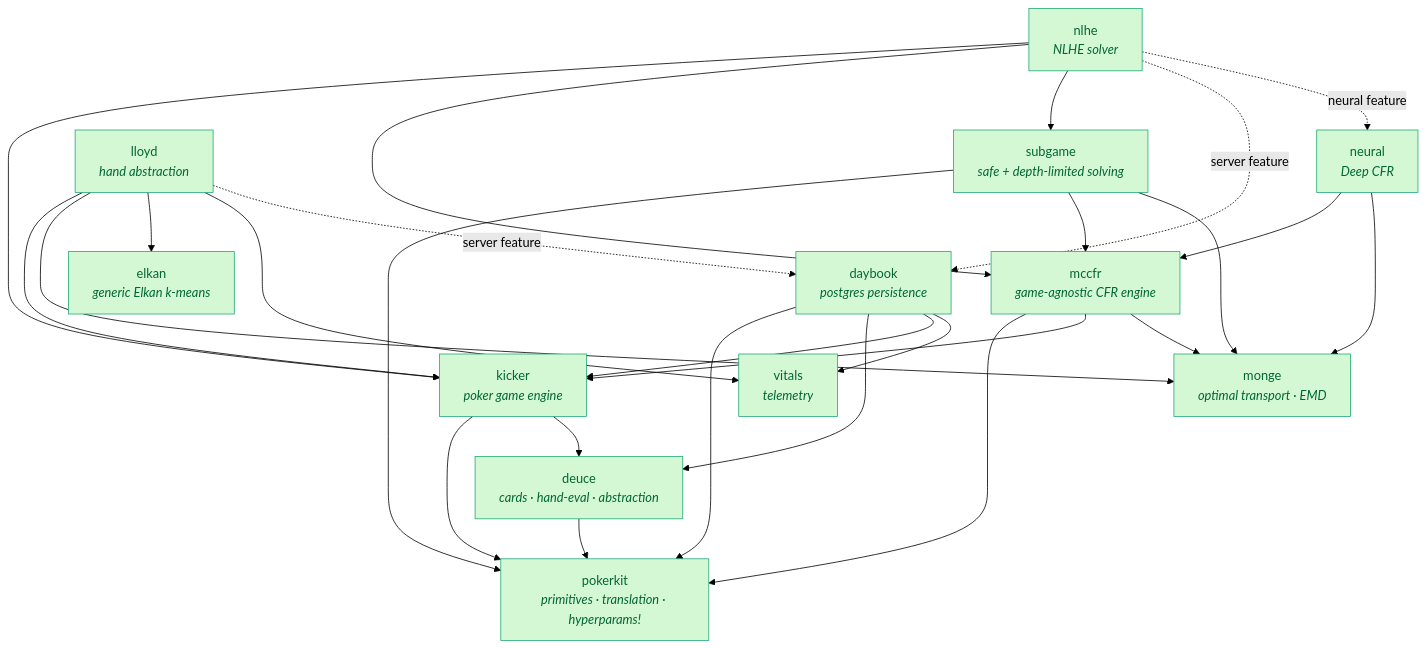
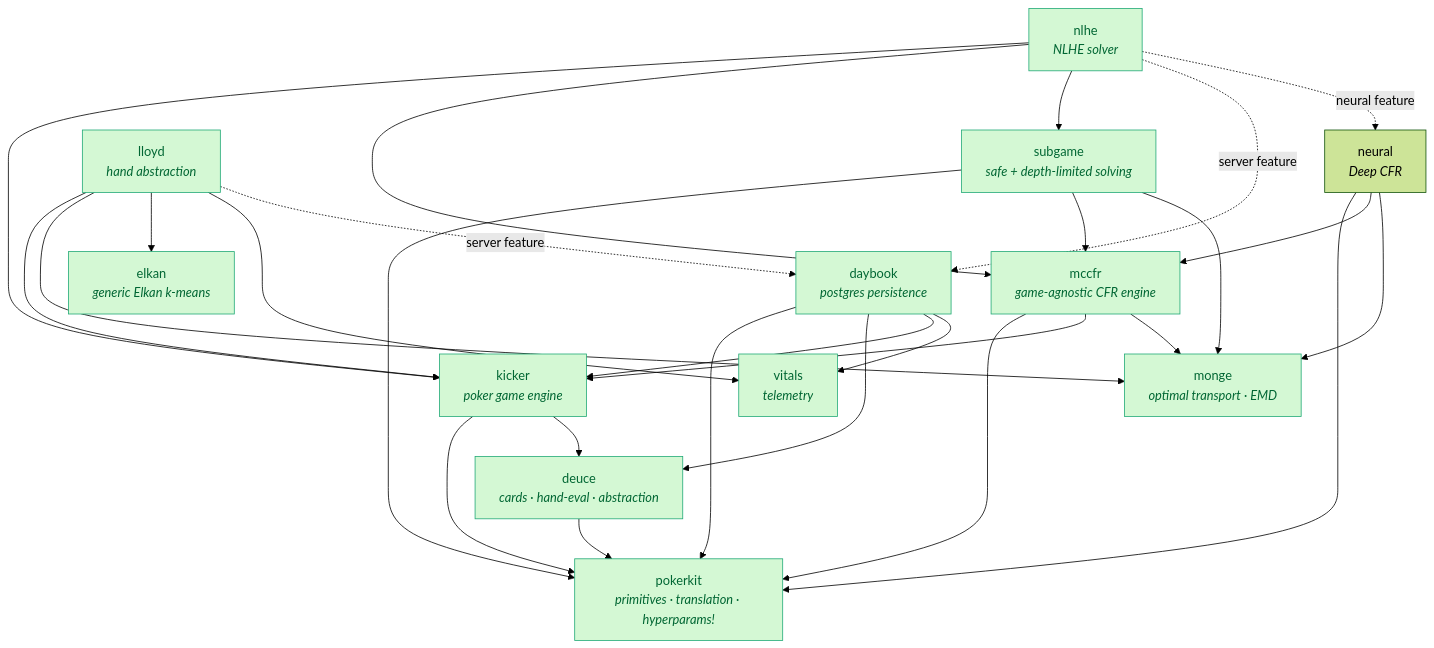
One commit to krukah/robopoker changed the second of 2 diagrams in README.md. Above: the diagram before and after it, drawn with Mermaid (forest theme). The commit also changed other lines of this file and 3 other files, not shown here.

````diff
--- a/README.md
+++ b/README.md
@@ -151,44 +201,45 @@
 ```mermaid
 graph TD
   classDef pub fill:#d4f8d4,stroke:#2a7,color:#063
   pokerkit["pokerkit<br/><i>primitives · translation · hyperparams!</i>"]
   deuce["deuce<br/><i>cards · hand-eval · abstraction</i>"]
   monge["monge<br/><i>optimal transport · EMD</i>"]
   kicker["kicker<br/><i>poker game engine</i>"]
   mccfr["mccfr<br/><i>game-agnostic CFR engine</i>"]
   subgame["subgame<br/><i>safe + depth-limited solving</i>"]
   elkan["elkan<br/><i>generic Elkan k-means</i>"]
   vitals["vitals<br/><i>telemetry</i>"]
   daybook["daybook<br/><i>postgres persistence</i>"]
   lloyd["lloyd<br/><i>hand abstraction</i>"]
   nlhe["nlhe<br/><i>NLHE solver</i>"]
   neural["neural<br/><i>Deep CFR</i>"]
 
   deuce --> pokerkit
   kicker --> pokerkit
   kicker --> deuce
   mccfr --> pokerkit
   mccfr --> kicker
   mccfr --> monge
   subgame --> pokerkit
   subgame --> mccfr
   subgame --> monge
   daybook --> pokerkit
   daybook --> deuce
   daybook --> kicker
   daybook --> vitals
   lloyd --> kicker
   lloyd --> monge
   lloyd --> elkan
   lloyd --> vitals
   nlhe --> kicker
   nlhe --> mccfr
   nlhe --> subgame
+  neural --> pokerkit
   neural --> mccfr
   neural --> monge
   nlhe -.->|"server feature"| daybook
   nlhe -.->|"neural feature"| neural
   lloyd -.->|"server feature"| daybook
 
-  class pokerkit,deuce,monge,kicker,mccfr,subgame,neural,elkan,vitals,daybook,nlhe,lloyd pub
+  class pokerkit,deuce,monge,kicker,mccfr,subgame,elkan,vitals,daybook,nlhe,lloyd pub
 ```
````
